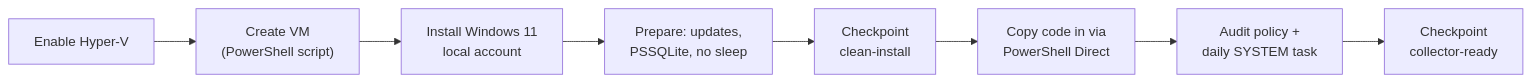
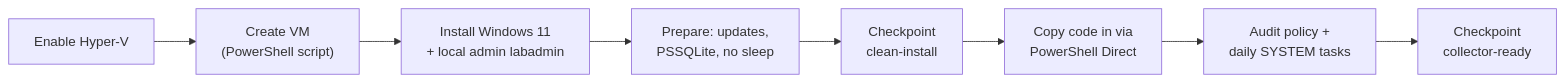
The second of 2 diagrams in README.md (joeywangtx/win_identity_analytics), drawn with Mermaid before and after one commit. The commit also changed other lines of this file and 4 other files, not shown here.

````diff
--- a/README.md
+++ b/README.md
@@ -133,10 +136,10 @@
 ```mermaid
 flowchart LR
     A["Enable Hyper-V"] --> B["Create VM<br/>(PowerShell script)"]
-    B --> C["Install Windows 11<br/>local account"]
+    B --> C["Install Windows 11<br/>+ local admin labadmin"]
     C --> D["Prepare: updates,<br/>PSSQLite, no sleep"]
     D --> E["Checkpoint<br/>clean-install"]
     E --> F["Copy code in via<br/>PowerShell Direct"]
-    F --> G["Audit policy +<br/>daily SYSTEM task"]
+    F --> G["Audit policy +<br/>daily SYSTEM tasks"]
     G --> H["Checkpoint<br/>collector-ready"]
 ```
````
